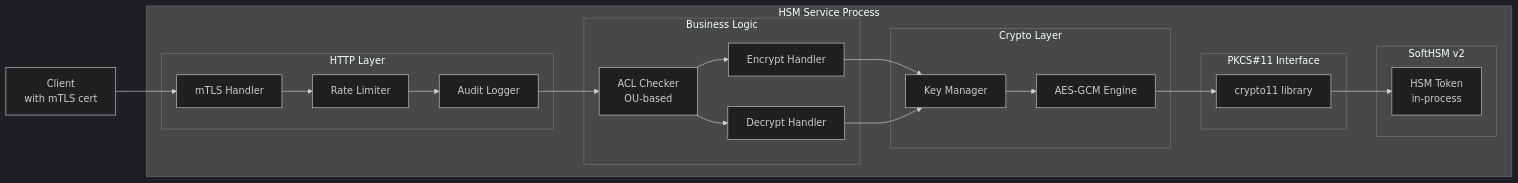
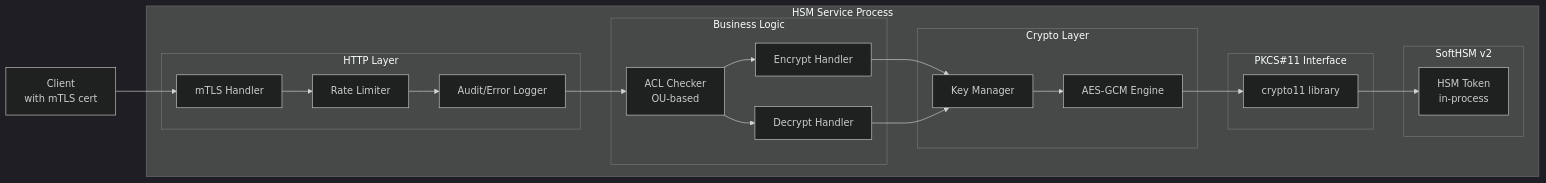
The second of 8 diagrams in ARCHITECTURE.md (titaev-lv/hsm-service), drawn with Mermaid (dark theme) before and after one commit. The commit also changed other lines of this file and 10 other files, not shown here.

First line of the commit message:
Docs: describe audit/error logging updates

````diff
--- a/ARCHITECTURE.md
+++ b/ARCHITECTURE.md
@@ -97,41 +97,41 @@
 ```mermaid
 graph LR
     subgraph "HSM Service Process"
         subgraph "HTTP Layer"
             MTLS[mTLS Handler]
             RT[Rate Limiter]
-            LOG[Audit Logger]
+            LOG[Audit/Error Logger]
         end
         
         subgraph "Business Logic"
             ACL[ACL Checker<br/>OU-based]
             ENC[Encrypt Handler]
             DEC[Decrypt Handler]
         end
         
         subgraph "Crypto Layer"
             MGR[Key Manager]
             AES[AES-GCM Engine]
         end
         
         subgraph "PKCS#11 Interface"
             P11[crypto11 library]
         end
         
         subgraph "SoftHSM v2"
             TOKEN[HSM Token<br/>in-process]
         end
     end
     
     CLIENT[Client<br/>with mTLS cert] --> MTLS
     MTLS --> RT
     RT --> LOG
     LOG --> ACL
     ACL --> ENC
     ACL --> DEC
     ENC --> MGR
     DEC --> MGR
     MGR --> AES
     AES --> P11
     P11 --> TOKEN
 ```
````
